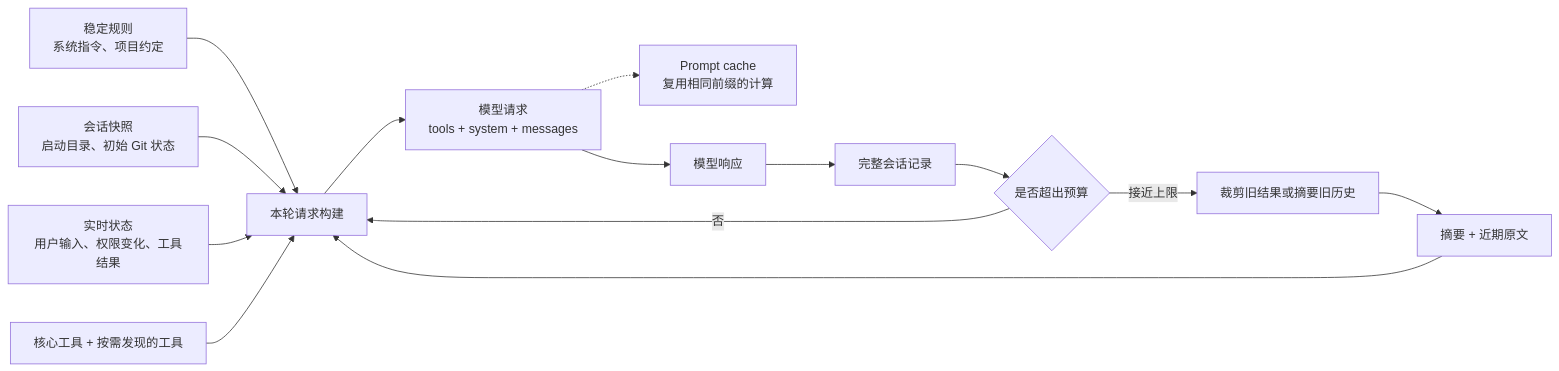
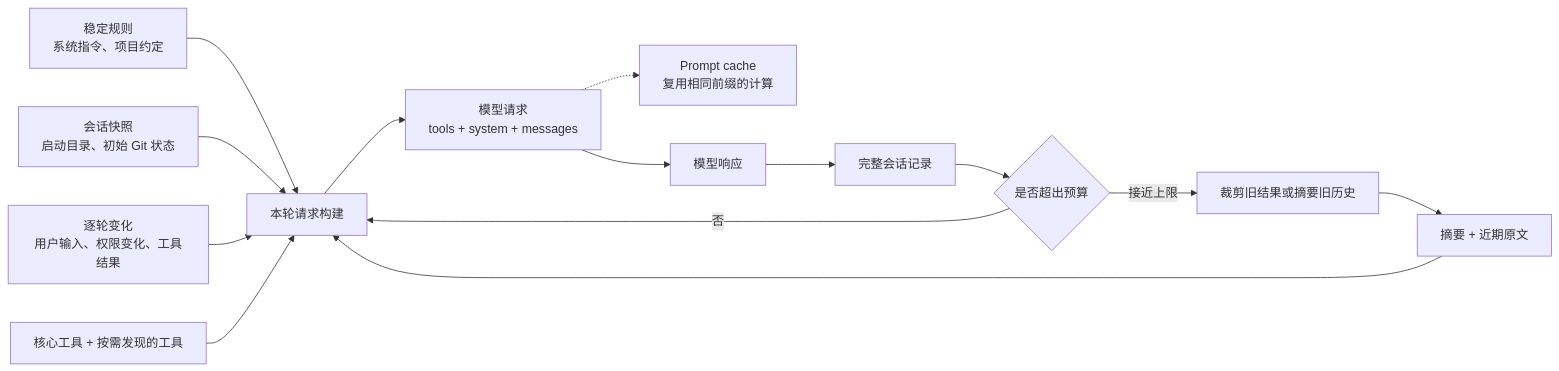
One commit to lyeka/agent-iv changed the diagram in output/agent-context-management.md. Above: the diagram before and after it, drawn with Mermaid. The commit also changed other lines of this file, not shown here.

````diff
--- a/output/agent-context-management.md
+++ b/output/agent-context-management.md
@@ -22,16 +22,16 @@
 ```mermaid
 flowchart LR
     A["稳定规则<br/>系统指令、项目约定"] --> E["本轮请求构建"]
     B["会话快照<br/>启动目录、初始 Git 状态"] --> E
-    C["实时状态<br/>用户输入、权限变化、工具结果"] --> E
+    C["逐轮变化<br/>用户输入、权限变化、工具结果"] --> E
     D["完整会话记录"] --> F{"是否超出预算"}
     F -->|否| E
     F -->|接近上限| G["裁剪旧结果或摘要旧历史"]
     G --> H["摘要 + 近期原文"]
     H --> E
     I["核心工具 + 按需发现的工具"] --> E
     E --> J["模型请求<br/>tools + system + messages"]
     J -.-> K["Prompt cache<br/>复用相同前缀的计算"]
     J --> L["模型响应"]
     L --> D
 ```
````
